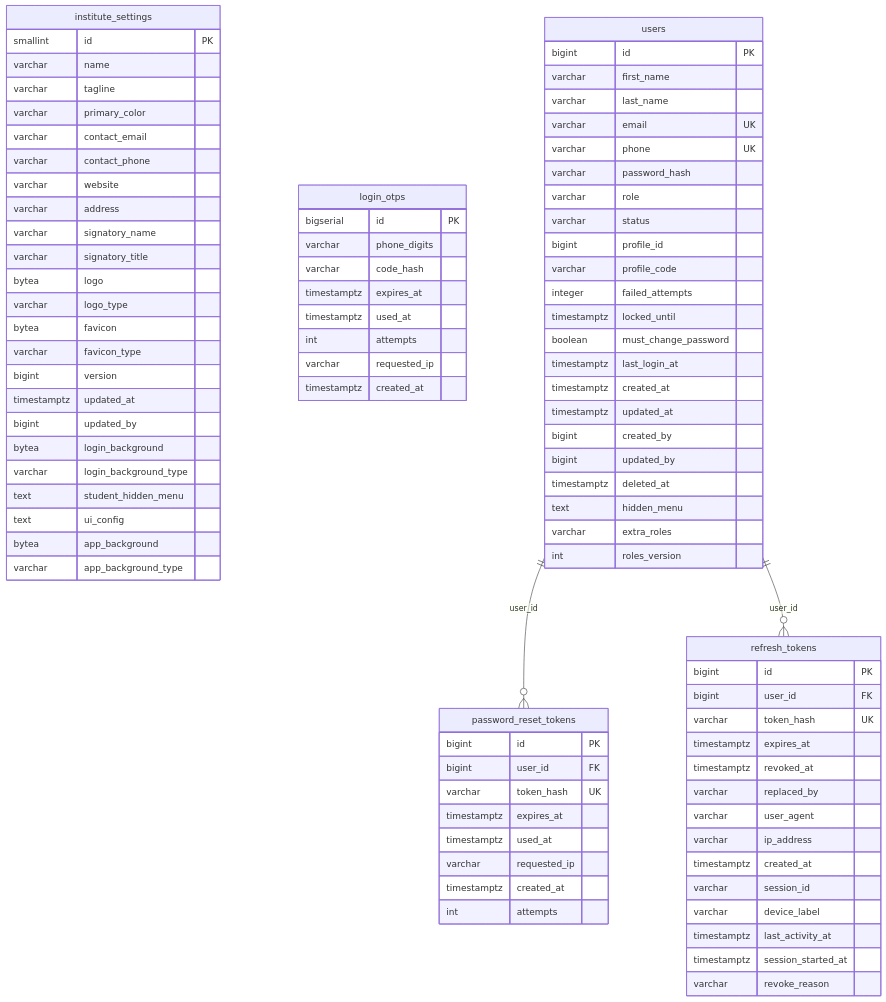
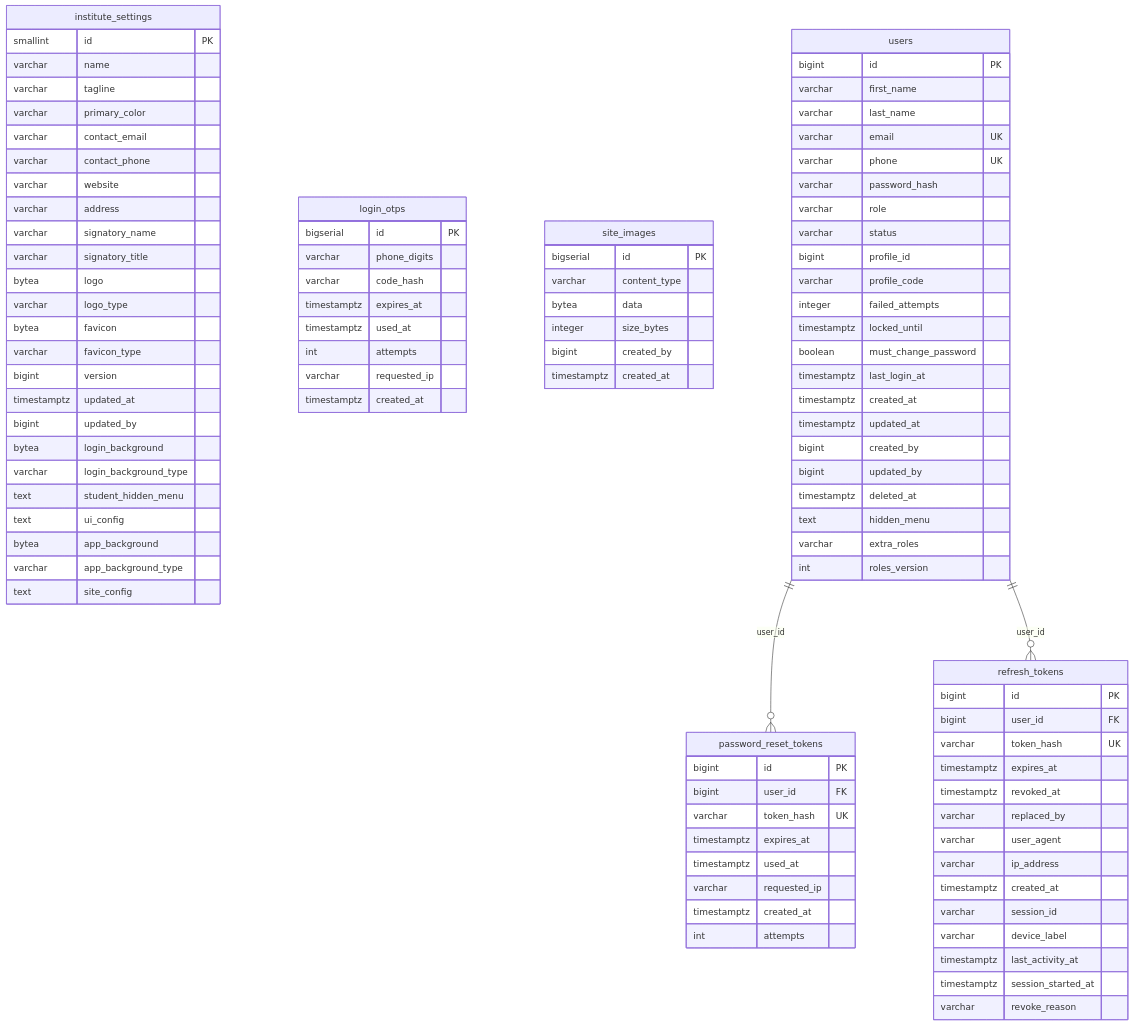
Before and after one commit to rohanrk2810/ITLMS: the diagram in docs/diagrams/db/identity.mmd, drawn with Mermaid. The commit also changed 53 other files, not shown here.

```diff
--- a/docs/diagrams/db/identity.mmd
+++ b/docs/diagrams/db/identity.mmd
@@ -1,88 +1,97 @@
 erDiagram
     institute_settings {
         smallint id PK
         varchar name
         varchar tagline
         varchar primary_color
         varchar contact_email
         varchar contact_phone
         varchar website
         varchar address
         varchar signatory_name
         varchar signatory_title
         bytea logo
         varchar logo_type
         bytea favicon
         varchar favicon_type
         bigint version
         timestamptz updated_at
         bigint updated_by
         bytea login_background
         varchar login_background_type
         text student_hidden_menu
         text ui_config
         bytea app_background
         varchar app_background_type
+        text site_config
     }
     login_otps {
         bigserial id PK
         varchar phone_digits
         varchar code_hash
         timestamptz expires_at
         timestamptz used_at
         int attempts
         varchar requested_ip
         timestamptz created_at
     }
     password_reset_tokens {
         bigint id PK
         bigint user_id FK
         varchar token_hash UK
         timestamptz expires_at
         timestamptz used_at
         varchar requested_ip
         timestamptz created_at
         int attempts
     }
     refresh_tokens {
         bigint id PK
         bigint user_id FK
         varchar token_hash UK
         timestamptz expires_at
         timestamptz revoked_at
         varchar replaced_by
         varchar user_agent
         varchar ip_address
         timestamptz created_at
         varchar session_id
         varchar device_label
         timestamptz last_activity_at
         timestamptz session_started_at
         varchar revoke_reason
     }
+    site_images {
+        bigserial id PK
+        varchar content_type
+        bytea data
+        integer size_bytes
+        bigint created_by
+        timestamptz created_at
+    }
     users {
         bigint id PK
         varchar first_name
         varchar last_name
         varchar email UK
         varchar phone UK
         varchar password_hash
         varchar role
         varchar status
         bigint profile_id
         varchar profile_code
         integer failed_attempts
         timestamptz locked_until
         boolean must_change_password
         timestamptz last_login_at
         timestamptz created_at
         timestamptz updated_at
         bigint created_by
         bigint updated_by
         timestamptz deleted_at
         text hidden_menu
         varchar extra_roles
         int roles_version
     }
     users ||--o{ password_reset_tokens : "user_id"
     users ||--o{ refresh_tokens : "user_id"
```
